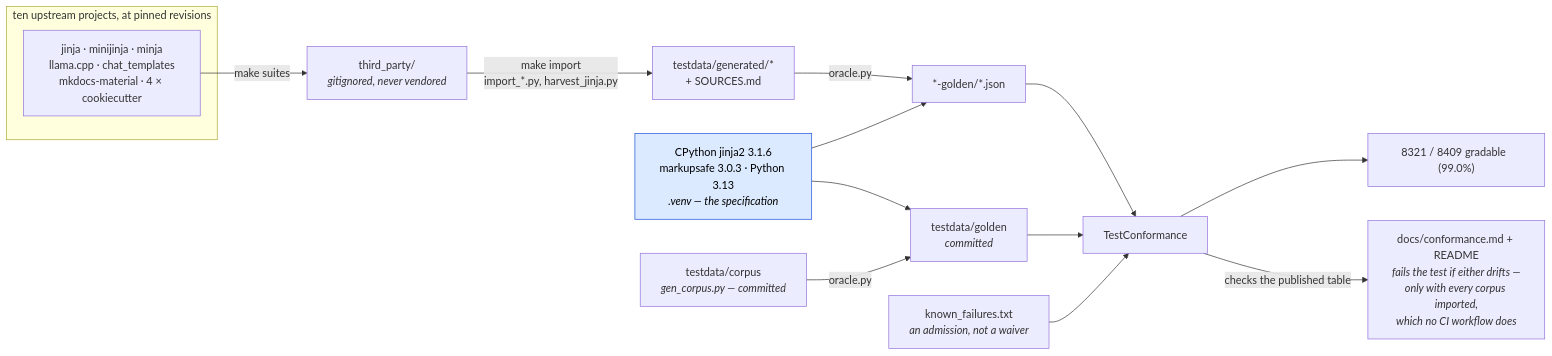
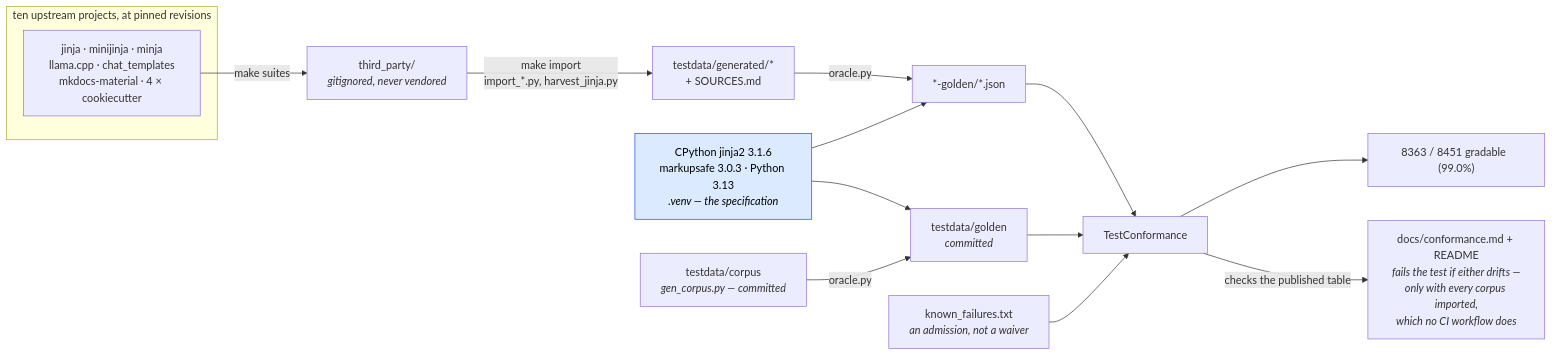
One commit to mgilbir/gojja2 changed the first of 2 diagrams in docs/conformance.md. Above: the diagram before and after it, drawn with Mermaid. The commit also changed other lines of this file and 136 other files, not shown here.

````diff
--- a/docs/conformance.md
+++ b/docs/conformance.md
@@ -17,24 +17,24 @@
 ```mermaid
 flowchart LR
     subgraph up["ten upstream projects, at pinned revisions"]
         U1["jinja · minijinja · minja<br/>llama.cpp · chat_templates<br/>mkdocs-material · 4 × cookiecutter"]
     end
     U1 -->|"make suites"| TP["third_party/<br/><i>gitignored, never vendored</i>"]
     TP -->|"make import<br/>import_*.py, harvest_jinja.py"| GEN["testdata/generated/*<br/>+ SOURCES.md"]
 
     ORA["CPython jinja2 3.1.6<br/>markupsafe 3.0.3 · Python 3.13<br/><i>.venv — the specification</i>"]
     GEN -->|"oracle.py"| G2["*-golden/*.json"]
     ORA --> G2
 
     OWN["testdata/corpus<br/><i>gen_corpus.py — committed</i>"] -->|"oracle.py"| G1["testdata/golden<br/><i>committed</i>"]
     ORA --> G1
 
     G1 --> TC["TestConformance"]
     G2 --> TC
     KF["known_failures.txt<br/><i>an admission, not a waiver</i>"] --> TC
-    TC --> RATE["8321 / 8409 gradable  (99.0%)"]
+    TC --> RATE["8363 / 8451 gradable  (99.0%)"]
     TC -->|"checks the published table"| RM["docs/conformance.md + README<br/><i>fails the test if either drifts —<br/>only with every corpus imported,<br/>which no CI workflow does</i>"]
 
     classDef spec fill:#dbeafe,stroke:#1d4ed8,color:#000
     class ORA spec
 ```
````
